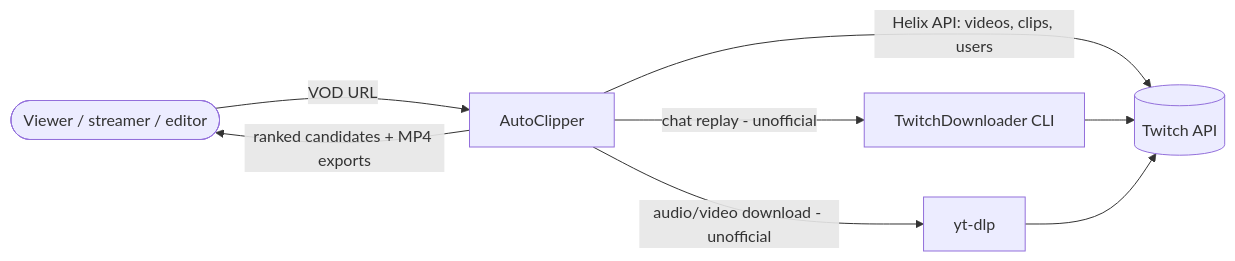
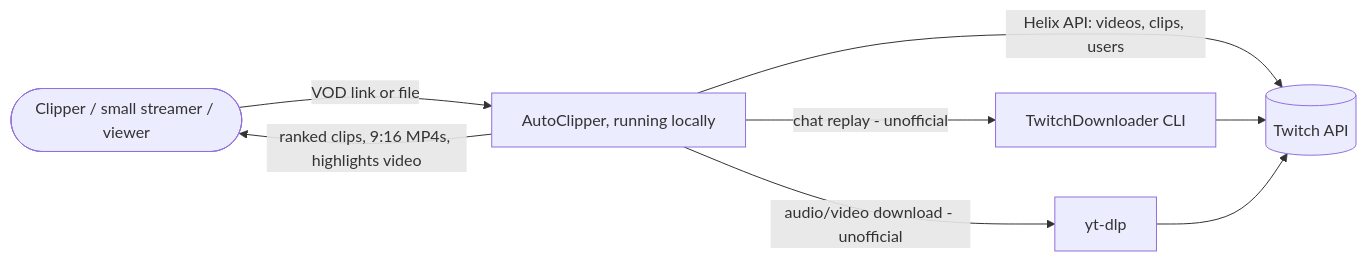
One commit to adillpickles/AutoClipper changed the first of 2 diagrams in docs/architecture/overview.md. Above: the diagram before and after it, drawn with Mermaid. The commit also changed other lines of this file and 52 other files, not shown here.

First line of the commit message:
docs: align project docs with the clips + highlights, local-first direction

````diff
--- a/docs/architecture/overview.md
+++ b/docs/architecture/overview.md
@@ -22,10 +22,10 @@
 ```mermaid
 flowchart LR
-    user([Viewer / streamer / editor]) -->|VOD URL| app[AutoClipper]
+    user([Clipper / small streamer / viewer]) -->|VOD link or file| app[AutoClipper, running locally]
     app -->|Helix API: videos, clips, users| twitch[(Twitch API)]
     app -->|chat replay - unofficial| tdl[TwitchDownloader CLI]
     app -->|audio/video download - unofficial| ytdlp[yt-dlp]
-    app -->|ranked candidates + MP4 exports| user
+    app -->|ranked clips, 9:16 MP4s, highlights video| user
     tdl --> twitch
     ytdlp --> twitch
 ```
````
